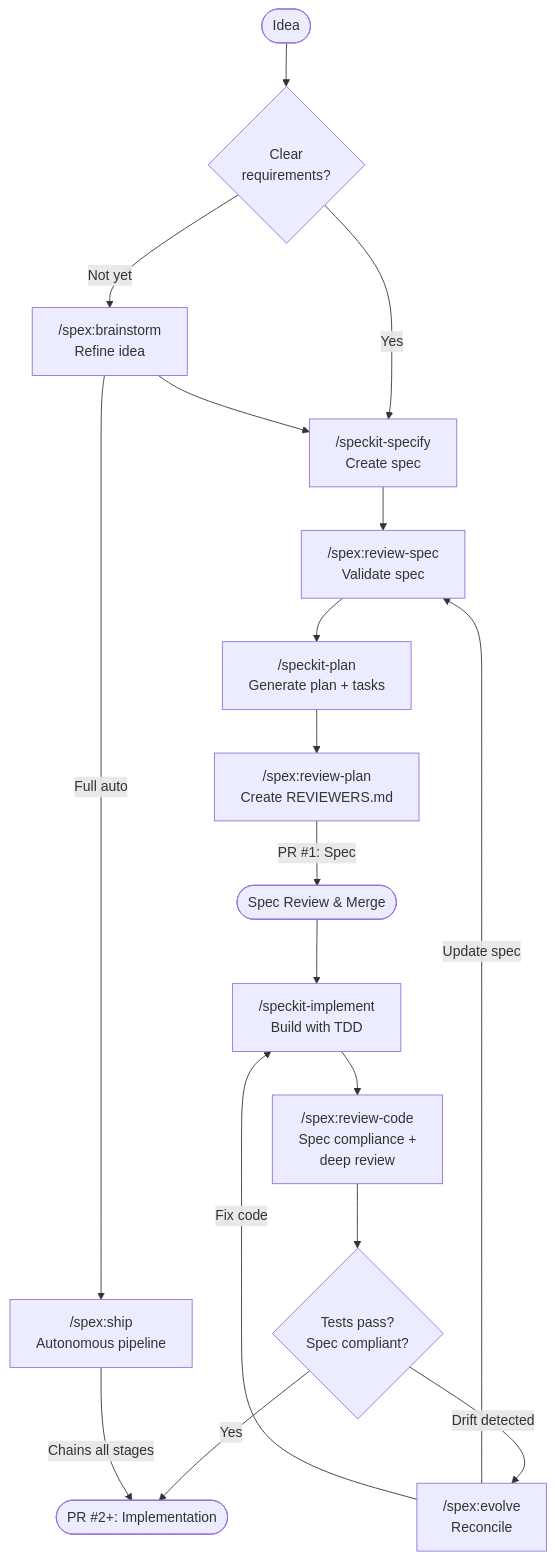
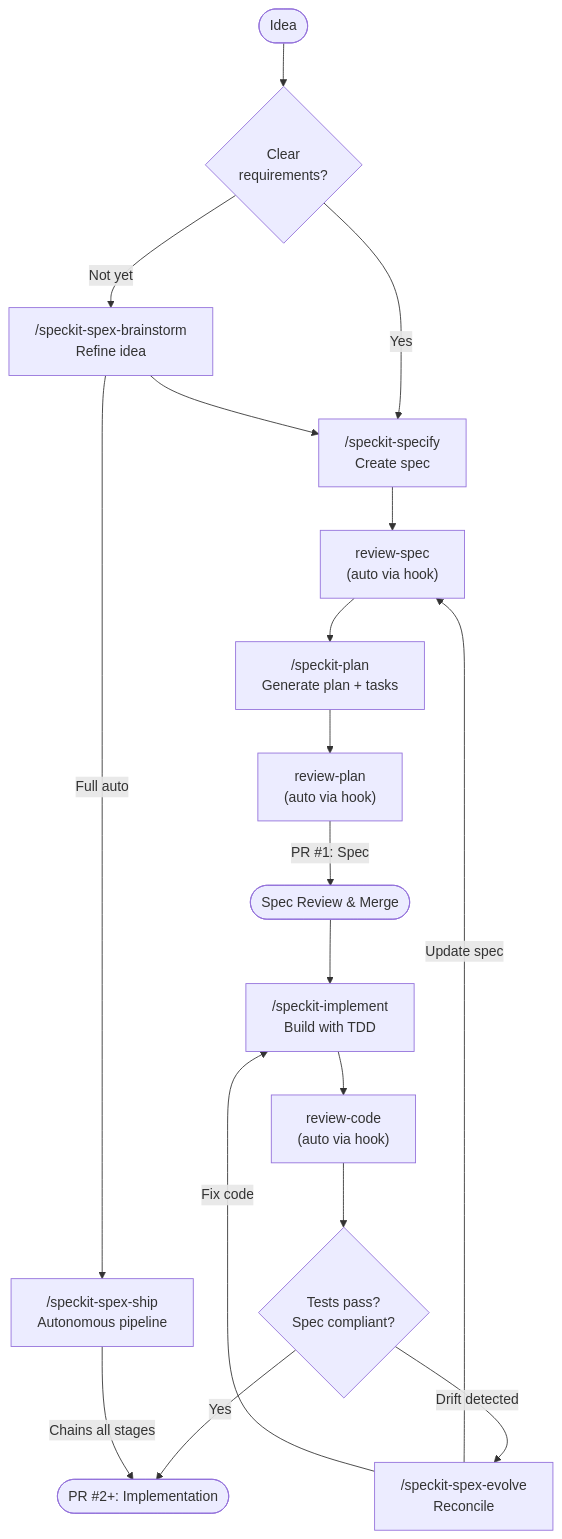
The diagram in README.md (rhuss/cc-sdd), drawn with Mermaid before and after one commit. The commit also changed other lines of this file and 38 other files, not shown here.

````diff
--- a/README.md
+++ b/README.md
@@ -67,30 +65,30 @@
 ```mermaid
 flowchart TD
     Start([Idea]) --> HasClarity{Clear<br>requirements?}
 
-    HasClarity -->|Not yet| Brainstorm["/spex:brainstorm<br>Refine idea"]
+    HasClarity -->|Not yet| Brainstorm["/speckit-spex-brainstorm<br>Refine idea"]
     HasClarity -->|Yes| Specify["/speckit-specify<br>Create spec"]
 
     Brainstorm --> Specify
-    Brainstorm -->|Full auto| Ship["/spex:ship<br>Autonomous pipeline"]
+    Brainstorm -->|Full auto| Ship["/speckit-spex-ship<br>Autonomous pipeline"]
 
-    Specify --> ReviewSpec["/spex:review-spec<br>Validate spec"]
+    Specify --> ReviewSpec["review-spec<br>(auto via hook)"]
     ReviewSpec --> Plan["/speckit-plan<br>Generate plan + tasks"]
-    Plan --> ReviewPlan["/spex:review-plan<br>Create REVIEWERS.md"]
+    Plan --> ReviewPlan["review-plan<br>(auto via hook)"]
 
     ReviewPlan -->|PR #1: Spec| SpecPR([Spec Review & Merge])
 
     SpecPR --> Implement["/speckit-implement<br>Build with TDD"]
-    Implement --> ReviewCode["/spex:review-code<br>Spec compliance +<br>deep review"]
+    Implement --> ReviewCode["review-code<br>(auto via hook)"]
 
     ReviewCode --> Verify{Tests pass?<br>Spec compliant?}
 
     Verify -->|Yes| ImplPR([PR #2+: Implementation])
-    Verify -->|Drift detected| Evolve["/spex:evolve<br>Reconcile"]
+    Verify -->|Drift detected| Evolve["/speckit-spex-evolve<br>Reconcile"]
 
-    Evolve -->|Update spec| ReviewSpec
-    Evolve -->|Fix code| Implement
+    Evolve -->|"Update spec"| ReviewSpec
+    Evolve -->|"Fix code"| Implement
 
     Ship -->|Chains all stages| ImplPR
 
 ```
````
